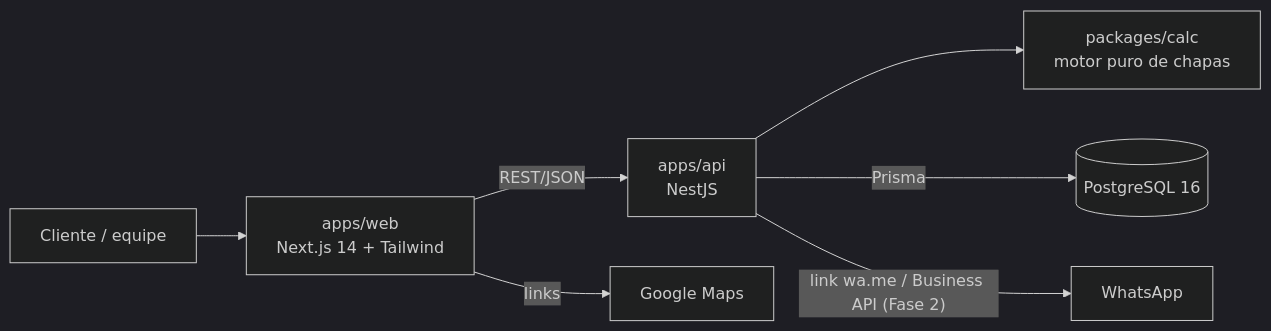
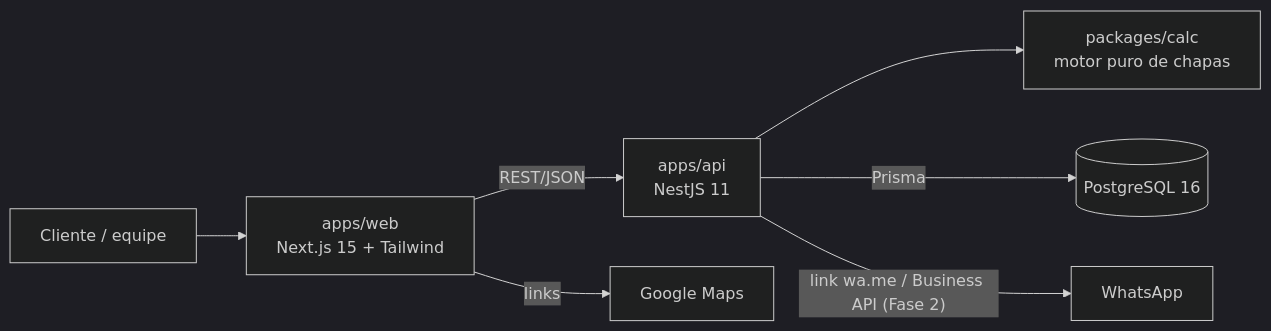
Before and after one commit to ThiagoMontenegro93/MarmorariaeMarcenaria-Arquijo: the diagram in README.md, drawn with Mermaid (dark theme). The commit also changed other lines of this file and 6 other files, not shown here.

First line of the commit message:
chore(deps): atualiza para Next 15.5 + React 19 e NestJS 11 (Express 5) por segurança

````diff
--- a/README.md
+++ b/README.md
@@ -13,9 +13,9 @@
 ```mermaid
 flowchart LR
-  U[Cliente / equipe] --> W[apps/web<br/>Next.js 14 + Tailwind]
-  W -- REST/JSON --> A[apps/api<br/>NestJS]
+  U[Cliente / equipe] --> W[apps/web<br/>Next.js 15 + Tailwind]
+  W -- REST/JSON --> A[apps/api<br/>NestJS 11]
   A --> C[packages/calc<br/>motor puro de chapas]
   A -- Prisma --> P[(PostgreSQL 16)]
   A -- link wa.me / Business API (Fase 2) --> Z[WhatsApp]
   W -- links --> G[Google Maps]
 ```
````
